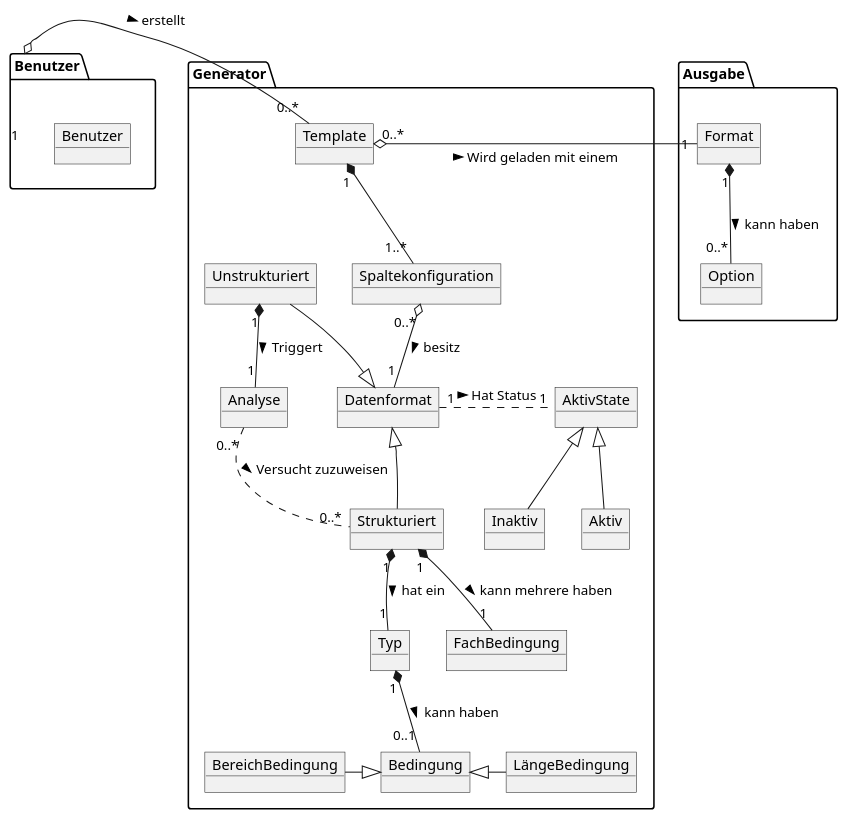
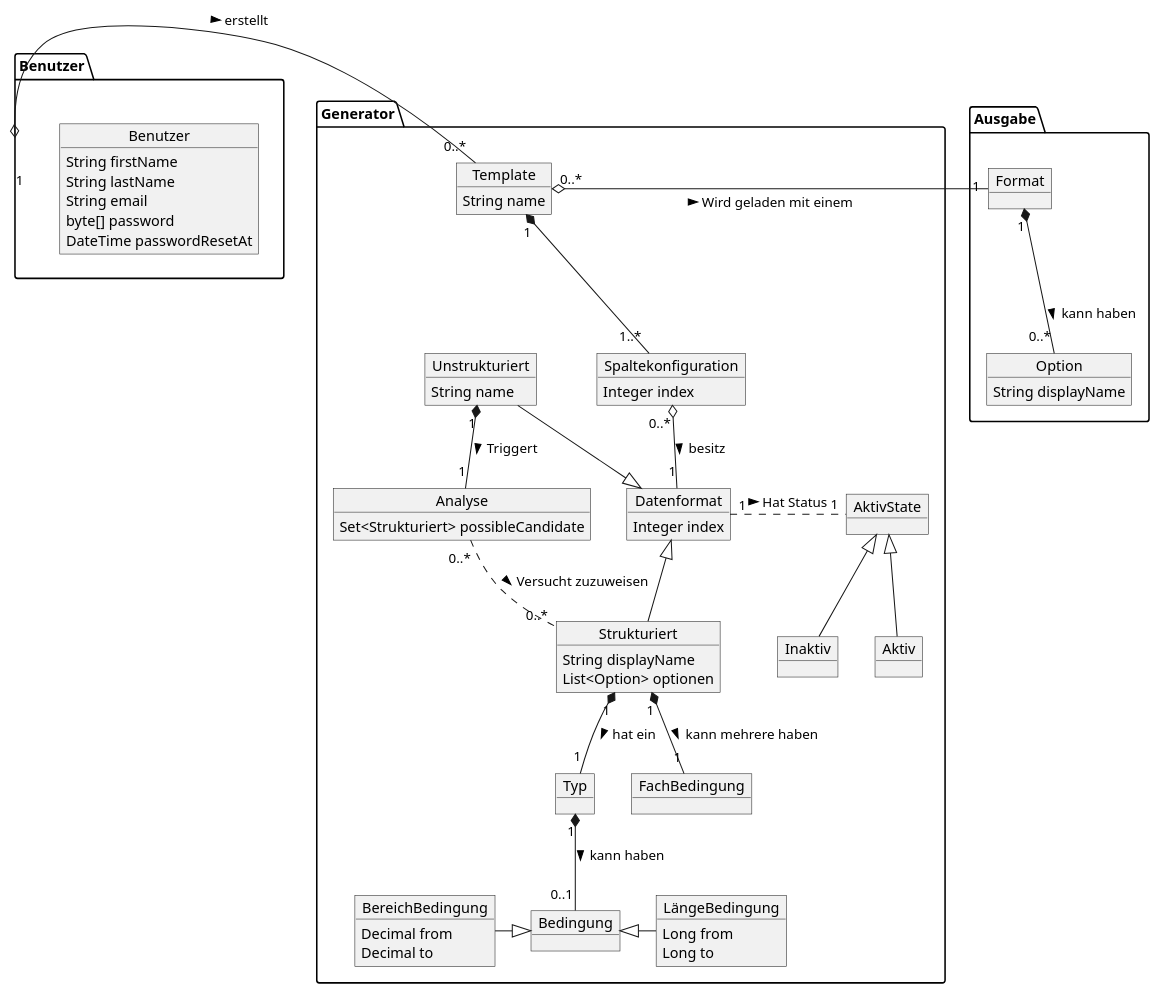
The diagram in documentation/domainPlantUml.puml (Edelmetall/LoremIpsum), drawn with PlantUML before and after one commit. The commit also changed 11 other files, not shown here.

```diff
--- a/documentation/domainPlantUml.puml
+++ b/documentation/domainPlantUml.puml
@@ -1,56 +1,83 @@
 @startuml
 
 
 package Benutzer{
-object Benutzer
+object Benutzer{
+    String firstName
+    String lastName
+    String email
+    byte[] password
+    DateTime passwordResetAt
+    }
 }
 
 package Generator{
-object Template
-object Spaltekonfiguration
-object Datenformat
-object Strukturiert
-object Unstrukturiert
+object Template{
+String name
+}
+object Spaltekonfiguration{
+ Integer index
+}
+object Datenformat{
+    Integer index
+}
+object Strukturiert{
+    String displayName
+    List<Option> optionen
+}
+object Unstrukturiert{
+    String name
+}
 object AktivState
-object Analyse
+object Analyse{
+    Set<Strukturiert> possibleCandidate
+}
 object Typ
 object FachBedingung
 object Bedingung
-object BereichBedingung
-object LängeBedingung
+object BereichBedingung{
+    Decimal from
+    Decimal to
+}
+object LängeBedingung{
+    Long from
+    Long to
+}
 object Aktiv
 object Inaktiv
 
 }
 
 package Ausgabe{
 object Format
-object Option
+object Option{
+    String displayName
+}
 }
 
 Benutzer "1" o-right- "0..*" Template : erstellt >
 
 Template "1" *-- "1..*" Spaltekonfiguration
 Spaltekonfiguration "0..*" o-- "1" Datenformat :> besitz
 
 Template "0..*" o-right- "1" Format : > Wird geladen mit einem
 Format "1" *-down- "0..*" Option :kann haben >
 
 Datenformat "1" .right. "1" AktivState : Hat Status >
 AktivState <|-- Aktiv
 AktivState <|-- Inaktiv
 
 
 Datenformat <|-- Strukturiert
 Datenformat <|-left- Unstrukturiert
 Unstrukturiert "1" *-- "1" Analyse : > Triggert
 Analyse "0..*" .. "0..*" Strukturiert : Versucht zuzuweisen >
 
 Strukturiert "1" *-- "1" Typ : hat ein >
 Strukturiert "1" *-- "1" FachBedingung : kann mehrere haben >
 
 Typ "1" *-- "0..1" Bedingung: kann haben >
 Bedingung <|-right- LängeBedingung
 Bedingung <|-left- BereichBedingung
 
 @enduml
```
